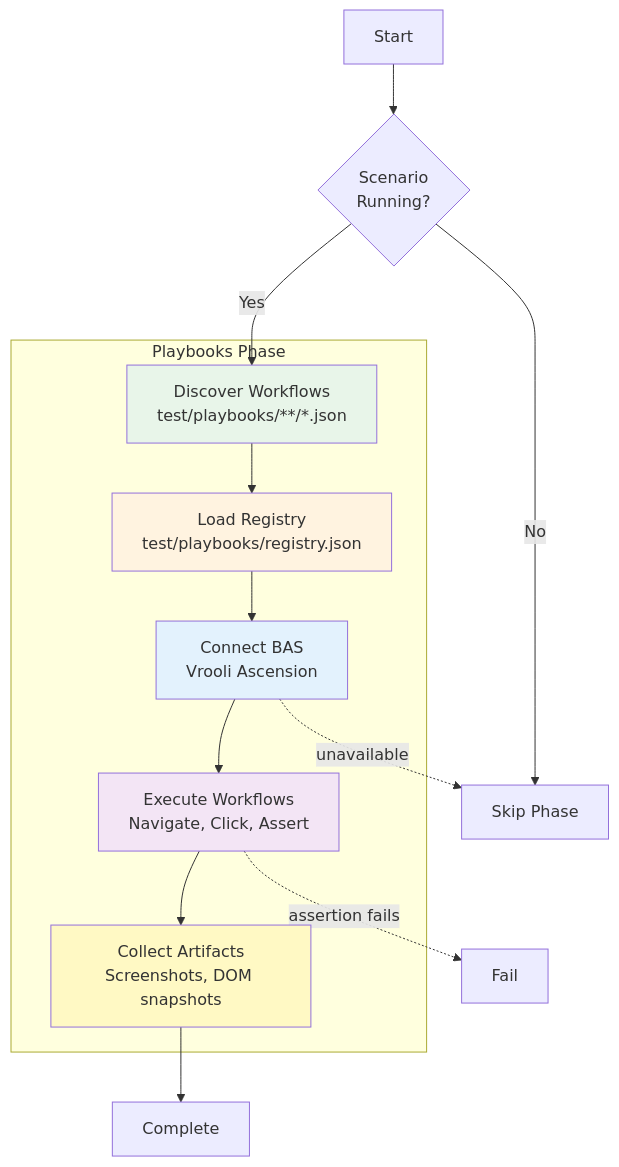
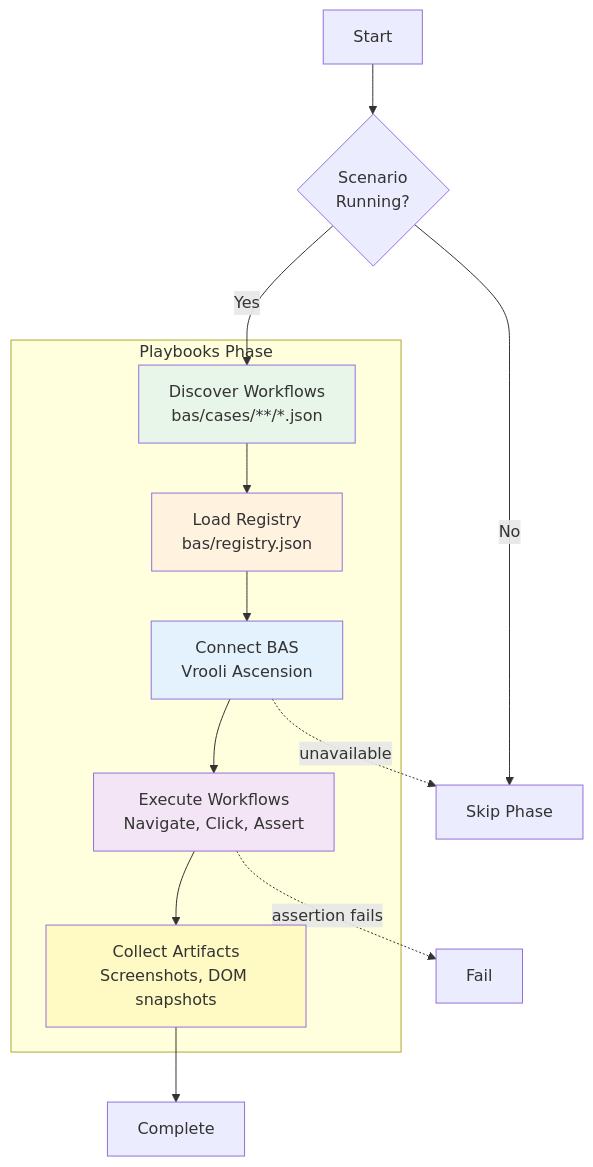
Before and after one commit to Vrooli/Vrooli: the diagram in scenarios/test-genie/docs/phases/playbooks/README.md, drawn with Mermaid. The commit also changed other lines of this file and 91 other files, not shown here.

````diff
--- a/scenarios/test-genie/docs/phases/playbooks/README.md
+++ b/scenarios/test-genie/docs/phases/playbooks/README.md
@@ -12,29 +12,29 @@
 ```mermaid
 graph TB
     subgraph "Playbooks Phase"
-        DISCOVER[Discover Workflows<br/>test/playbooks/**/*.json]
-        REGISTRY[Load Registry<br/>test/playbooks/registry.json]
+        DISCOVER[Discover Workflows<br/>bas/cases/**/*.json]
+        REGISTRY[Load Registry<br/>bas/registry.json]
         BAS[Connect BAS<br/>Vrooli Ascension]
         EXECUTE[Execute Workflows<br/>Navigate, Click, Assert]
         ARTIFACTS[Collect Artifacts<br/>Screenshots, DOM snapshots]
     end
 
     START[Start] --> RUNTIME{Scenario<br/>Running?}
     RUNTIME -->|Yes| DISCOVER
     RUNTIME -->|No| SKIP[Skip Phase]
 
     DISCOVER --> REGISTRY
     REGISTRY --> BAS
     BAS --> EXECUTE
     EXECUTE --> ARTIFACTS
     ARTIFACTS --> DONE[Complete]
 
     EXECUTE -.->|assertion fails| FAIL[Fail]
     BAS -.->|unavailable| SKIP
 
     style DISCOVER fill:#e8f5e9
     style REGISTRY fill:#fff3e0
     style BAS fill:#e3f2fd
     style EXECUTE fill:#f3e5f5
     style ARTIFACTS fill:#fff9c4
 ```
````
